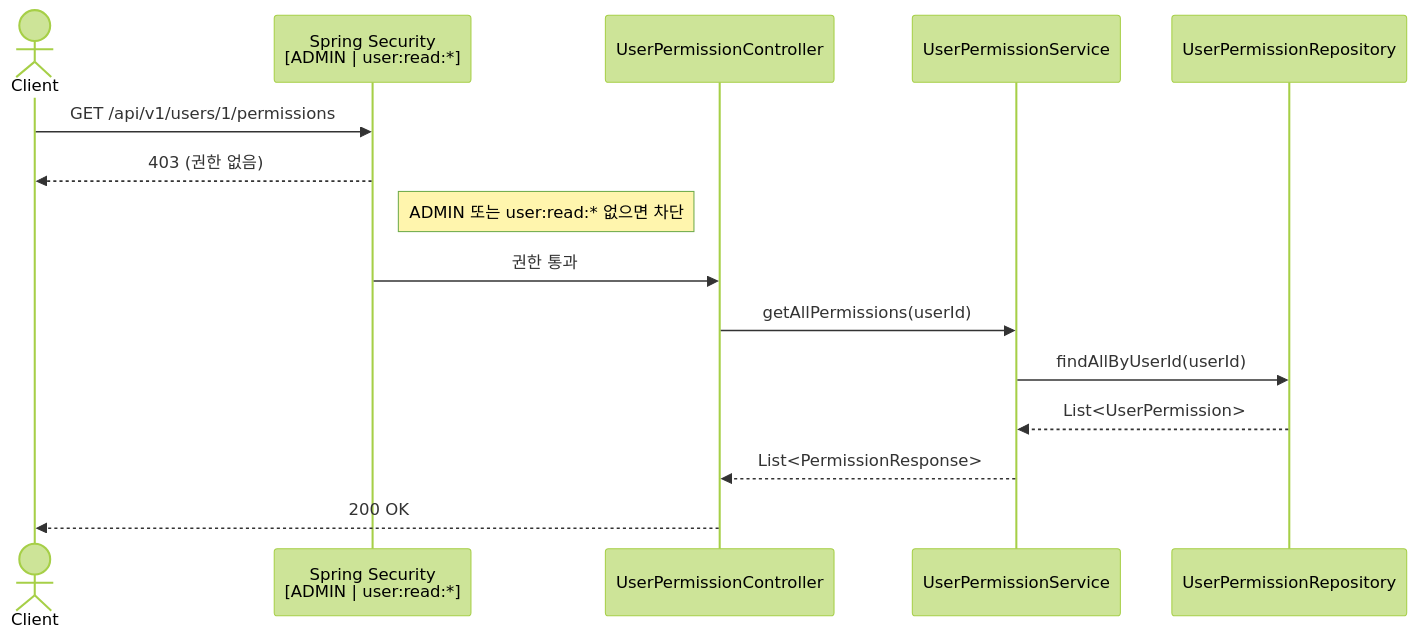
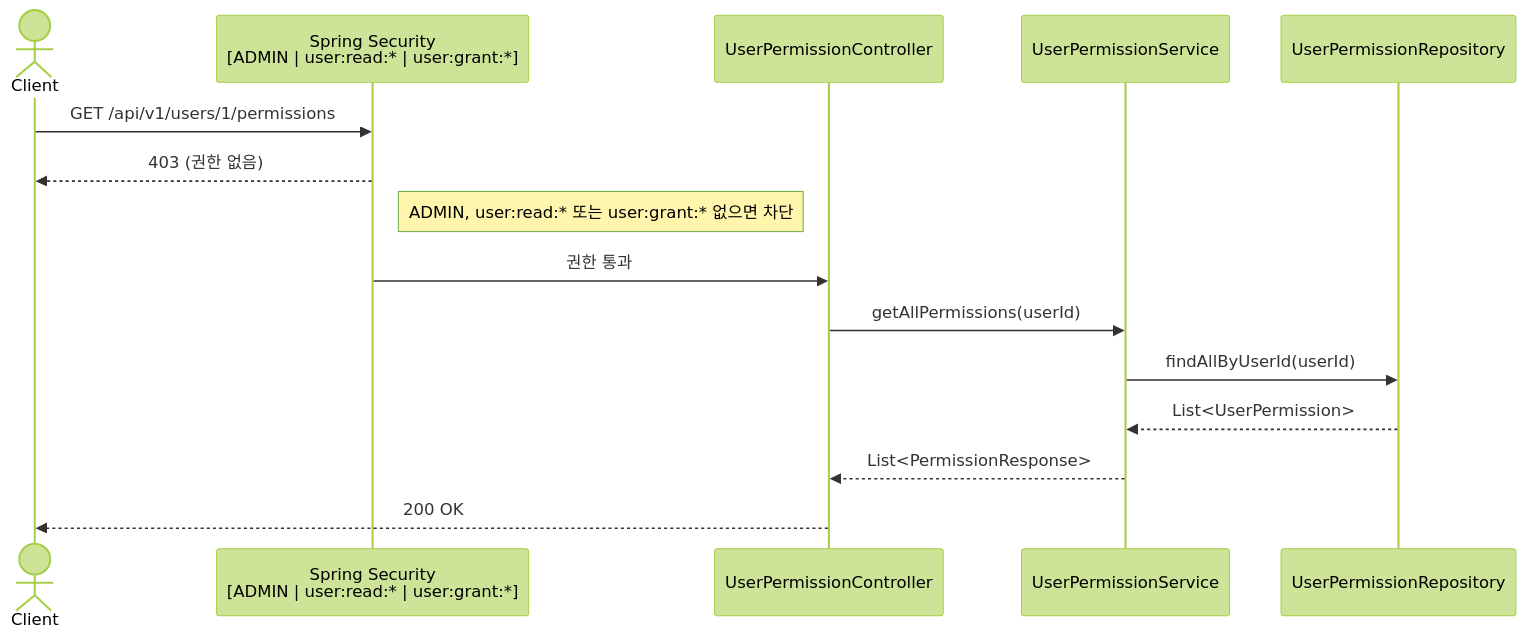
Before and after one commit to Geumjeongyahak/Backend: the eighth of 10 diagrams in docs/Domain/User/README.md, drawn with Mermaid (forest theme). The commit also changed other lines of this file and 22 other files, not shown here.

````diff
--- a/docs/Domain/User/README.md
+++ b/docs/Domain/User/README.md
@@ -466,19 +481,19 @@
 ```mermaid
 sequenceDiagram
     actor Client
-    participant Security as Spring Security<br/>[ADMIN | user:read:*]
+    participant Security as Spring Security<br/>[ADMIN | user:read:* | user:grant:*]
     participant Controller as UserPermissionController
     participant Service as UserPermissionService
     participant DB as UserPermissionRepository
 
     Client->>Security: GET /api/v1/users/1/permissions
     Security-->>Client: 403 (권한 없음)
-    note right of Security: ADMIN 또는 user:read:* 없으면 차단
+    note right of Security: ADMIN, user:read:* 또는 user:grant:* 없으면 차단
 
     Security->>Controller: 권한 통과
     Controller->>Service: getAllPermissions(userId)
     Service->>DB: findAllByUserId(userId)
     DB-->>Service: List<UserPermission>
     Service-->>Controller: List<PermissionResponse>
     Controller-->>Client: 200 OK
 ```
````
